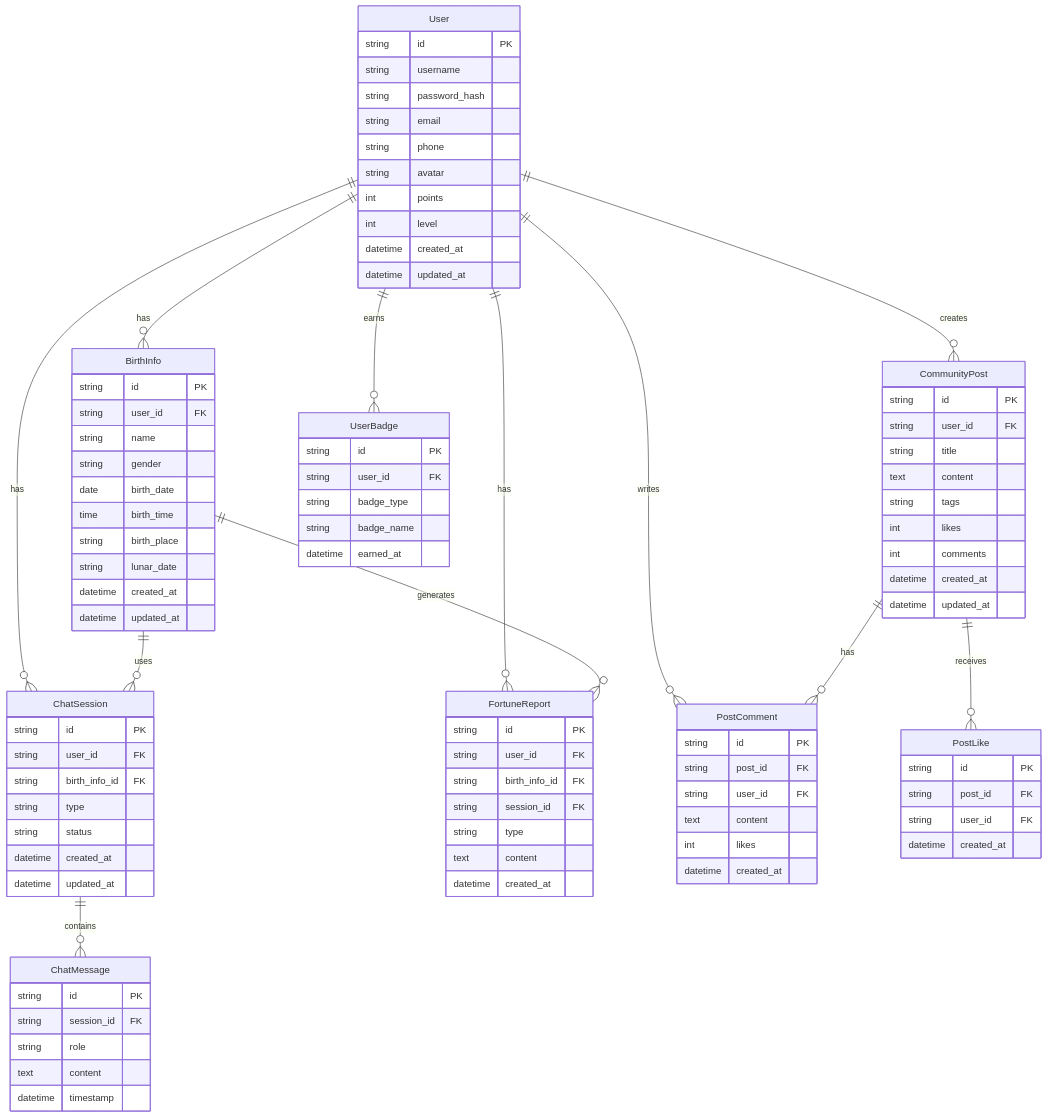
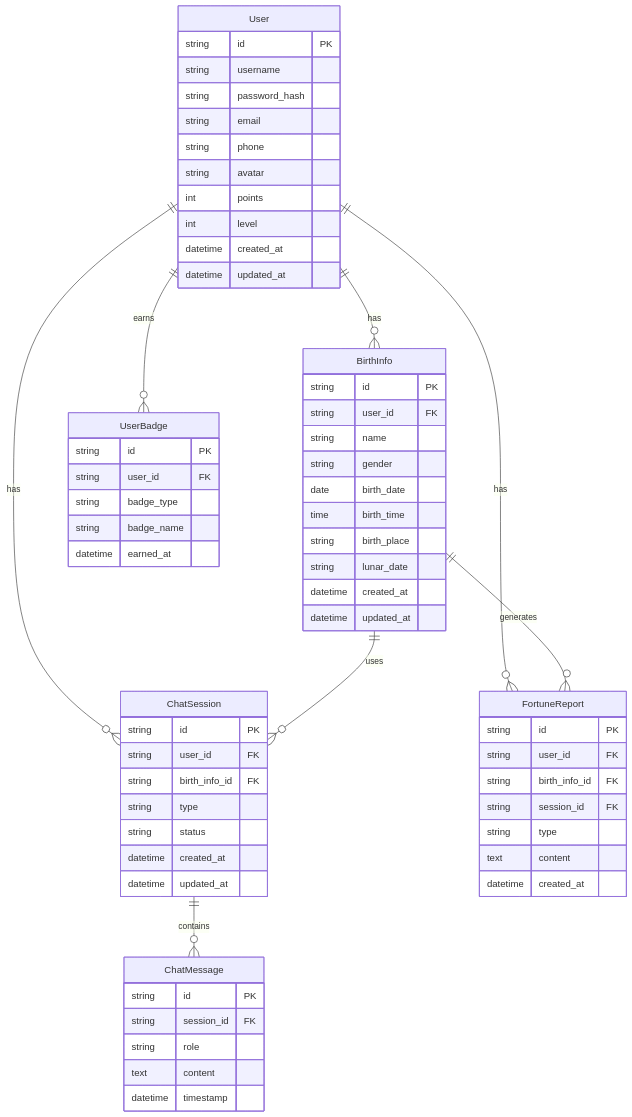
One commit to J-W-M/text changed the third of 3 diagrams in .trae/documents/architecture.md. Above: the diagram before and after it, drawn with Mermaid. The commit also changed other lines of this file and 1 other file, not shown here.

```diff
--- a/.trae/documents/architecture.md
+++ b/.trae/documents/architecture.md
@@ -424,14 +394,10 @@
     User ||--o{ BirthInfo : has
     User ||--o{ ChatSession : has
     User ||--o{ FortuneReport : has
-    User ||--o{ CommunityPost : creates
-    User ||--o{ PostComment : writes
     User ||--o{ UserBadge : earns
     BirthInfo ||--o{ ChatSession : uses
     BirthInfo ||--o{ FortuneReport : generates
     ChatSession ||--o{ ChatMessage : contains
-    CommunityPost ||--o{ PostComment : has
-    CommunityPost ||--o{ PostLike : receives
     
     User {
         string id PK
@@ -487,34 +453,6 @@
         datetime created_at
     }
     
-    CommunityPost {
-        string id PK
-        string user_id FK
-        string title
-        text content
-        string tags
-        int likes
-        int comments
-        datetime created_at
-        datetime updated_at
-    }
-    
-    PostComment {
-        string id PK
-        string post_id FK
-        string user_id FK
-        text content
-        int likes
-        datetime created_at
-    }
-    
-    PostLike {
-        string id PK
-        string post_id FK
-        string user_id FK
-        datetime created_at
-    }
-    
     UserBadge {
         string id PK
         string user_id FK
```
